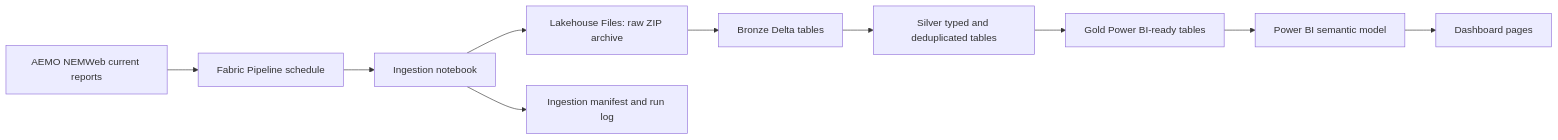
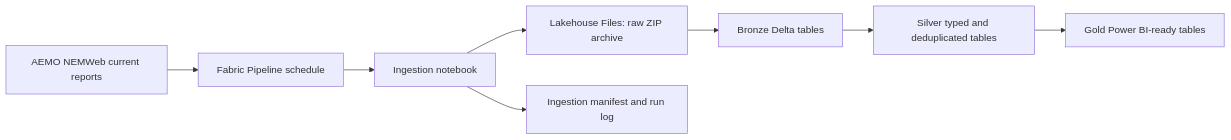
Before and after one commit to BrianCollinss/MySampleWork: the diagram in Fabric - NEMWeb Energy Market Data Pipeline (Lakehouse, PySpark, Delta, Power BI, Direct Lake)/README.md, drawn with Mermaid.

````diff
--- a/Fabric - NEMWeb Energy Market Data Pipeline (Lakehouse, PySpark, Delta, Power BI, Direct Lake)/README.md
+++ b/Fabric - NEMWeb Energy Market Data Pipeline (Lakehouse, PySpark, Delta, Power BI, Direct Lake)/README.md
@@ -38,12 +38,10 @@
 ```mermaid
 flowchart LR
     A[AEMO NEMWeb current reports] --> B[Fabric Pipeline schedule]
     B --> C[Ingestion notebook]
     C --> D[Lakehouse Files: raw ZIP archive]
     C --> E[Ingestion manifest and run log]
     D --> F[Bronze Delta tables]
     F --> G[Silver typed and deduplicated tables]
     G --> H[Gold Power BI-ready tables]
-    H --> I[Power BI semantic model]
-    I --> J[Dashboard pages]
 ```
````
